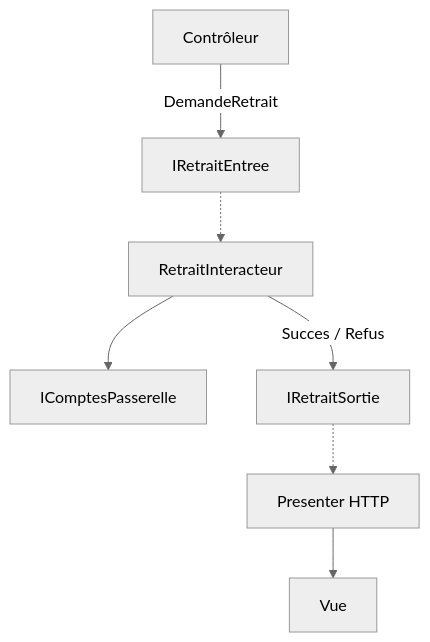
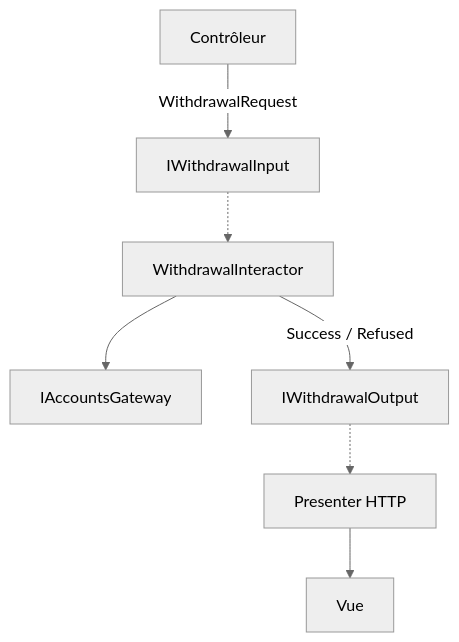
One commit to drangoht/ArchitecturesDemo changed the diagram in Docs/fiches/03-clean.md. Above: the diagram before and after it, drawn with Mermaid (neutral theme). The commit also changed 70 other files, not shown here.

Commit message:
Docs FR : identifiants, liens, diagrammes et sorties alignés sur le code anglais

````diff
--- a/Docs/fiches/03-clean.md
+++ b/Docs/fiches/03-clean.md
@@ -10,8 +10,8 @@
 ```mermaid
 flowchart TB
-    C["Contrôleur"] -->|DemandeRetrait| IE["IRetraitEntree"]
-    IE -.-> I["RetraitInteracteur"]
-    I --> G["IComptesPasserelle"]
-    I -->|"Succes / Refus"| OS["IRetraitSortie"]
+    C["Contrôleur"] -->|WithdrawalRequest| IE["IWithdrawalInput"]
+    IE -.-> I["WithdrawalInteractor"]
+    I --> G["IAccountsGateway"]
+    I -->|"Success / Refused"| OS["IWithdrawalOutput"]
     OS -.-> P["Presenter HTTP"] --> V["Vue"]
 ```
````
